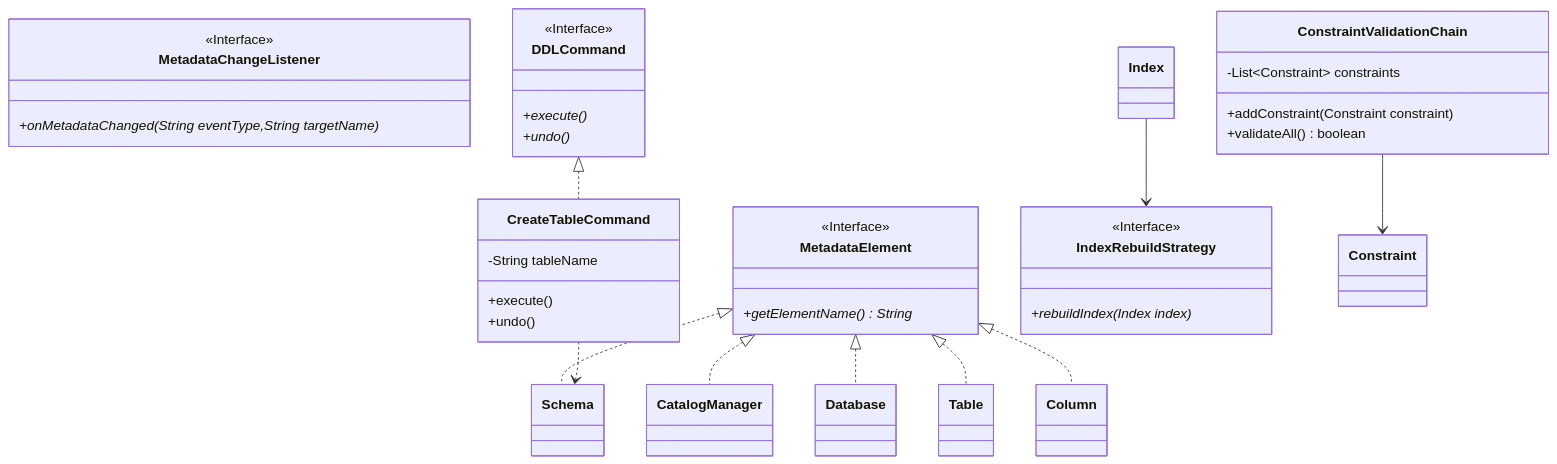
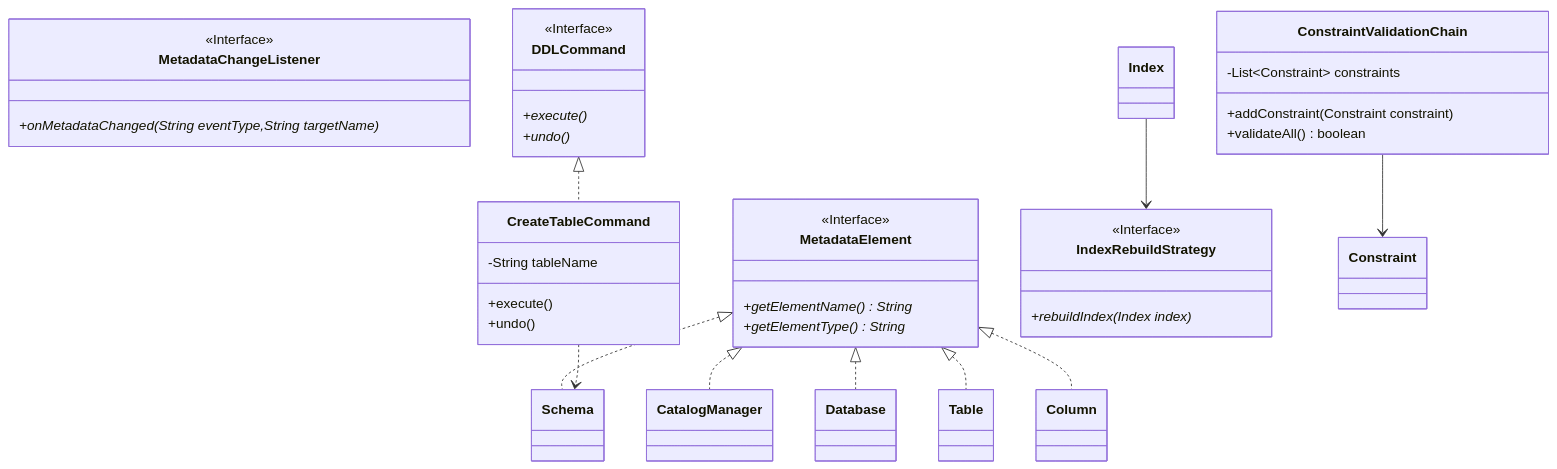
The diagram in docs/class_diagram/metadata/detail/Behavior.md (Dikhang1112/Database_Management_BBV), drawn with Mermaid before and after one commit. The commit also changed 59 other files, not shown here.

```diff
--- a/docs/class_diagram/metadata/detail/Behavior.md
+++ b/docs/class_diagram/metadata/detail/Behavior.md
@@ -10,6 +10,7 @@
 <<Interface>>
 
     +getElementName() String*
+    +getElementType() String*
 }
 
 %% =====================================================
```
